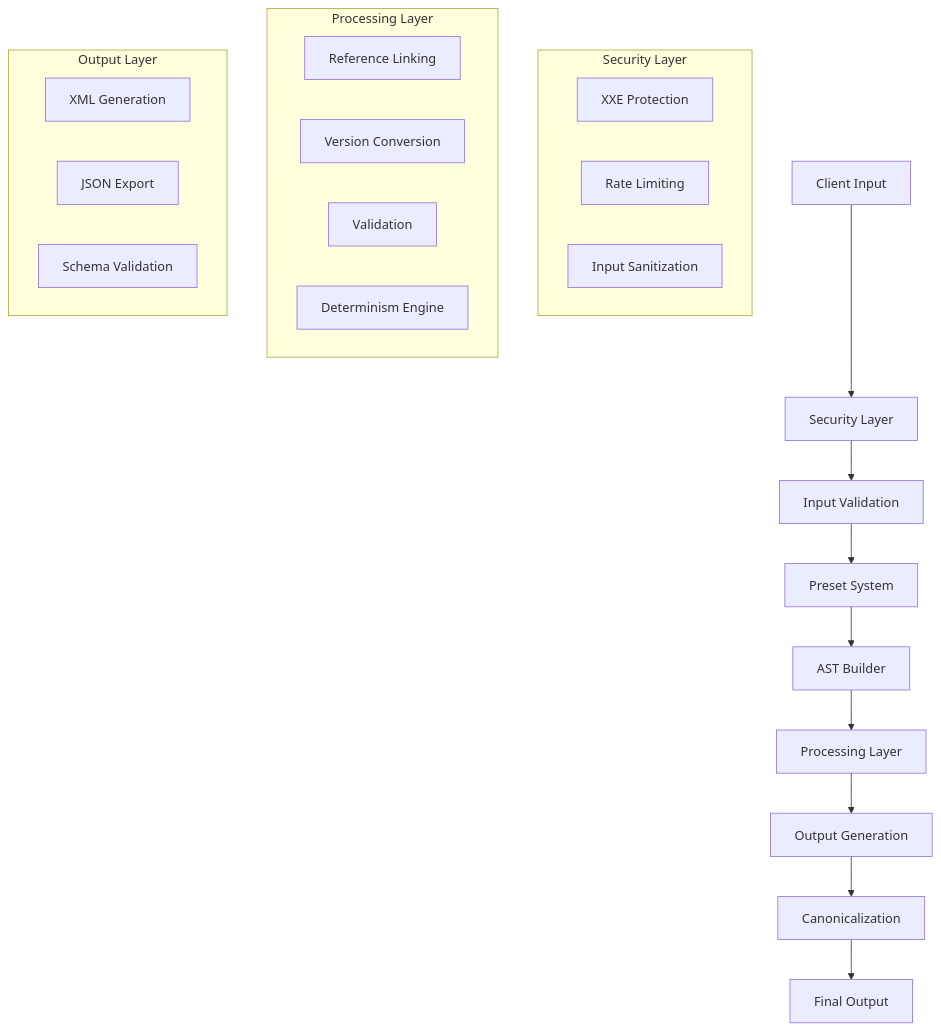
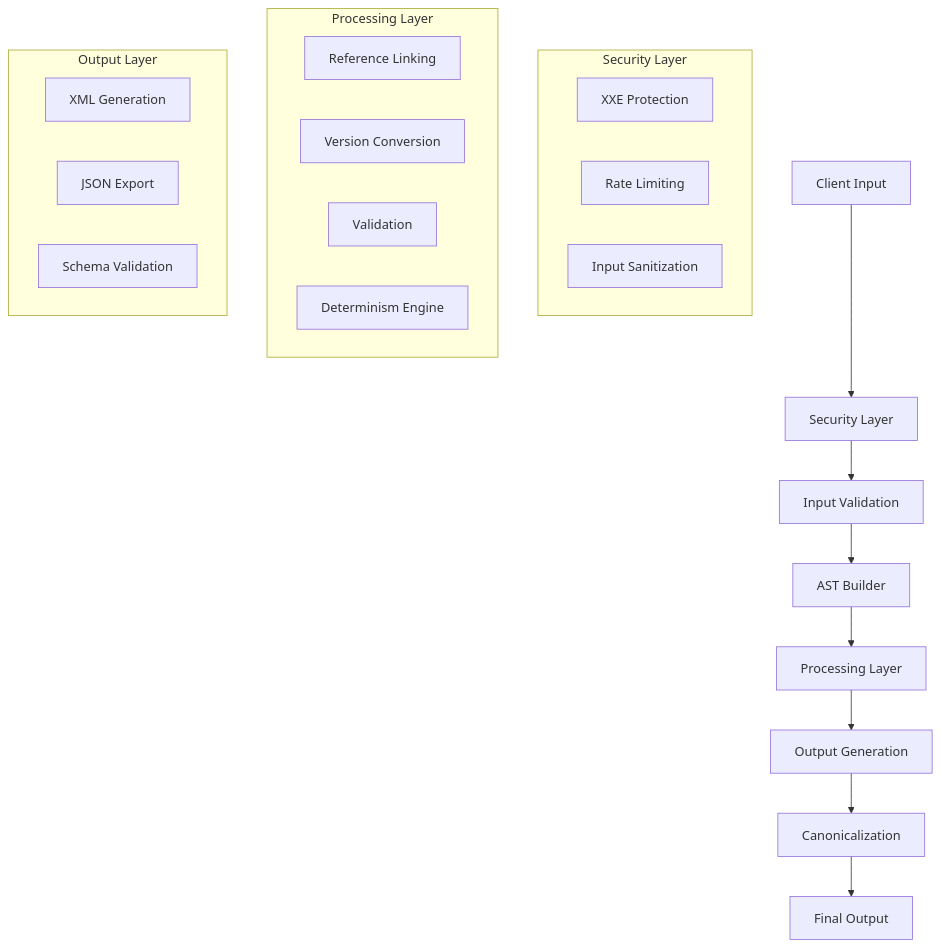
One commit to daddykev/ddex-suite changed the first of 2 diagrams in docs/developer-guide.md. Above: the diagram before and after it, drawn with Mermaid. The commit also changed other lines of this file and 38 other files, not shown here.

````diff
--- a/docs/developer-guide.md
+++ b/docs/developer-guide.md
@@ -22,30 +21,29 @@
 ```mermaid
 graph TB
     A[Client Input] --> B[Security Layer]
     B --> C[Input Validation]
-    C --> D[Preset System]
-    D --> E[AST Builder]
+    C --> E[AST Builder]
     E --> F[Processing Layer]
     F --> G[Output Generation]
     G --> H[Canonicalization]
     H --> I[Final Output]
     
     subgraph "Security Layer"
         B1[XXE Protection]
         B2[Rate Limiting]
         B3[Input Sanitization]
     end
     
     subgraph "Processing Layer"
         F1[Reference Linking]
         F2[Version Conversion]
         F3[Validation]
         F4[Determinism Engine]
     end
     
     subgraph "Output Layer"
         G1[XML Generation]
         G2[JSON Export]
         G3[Schema Validation]
     end
 ```
````
